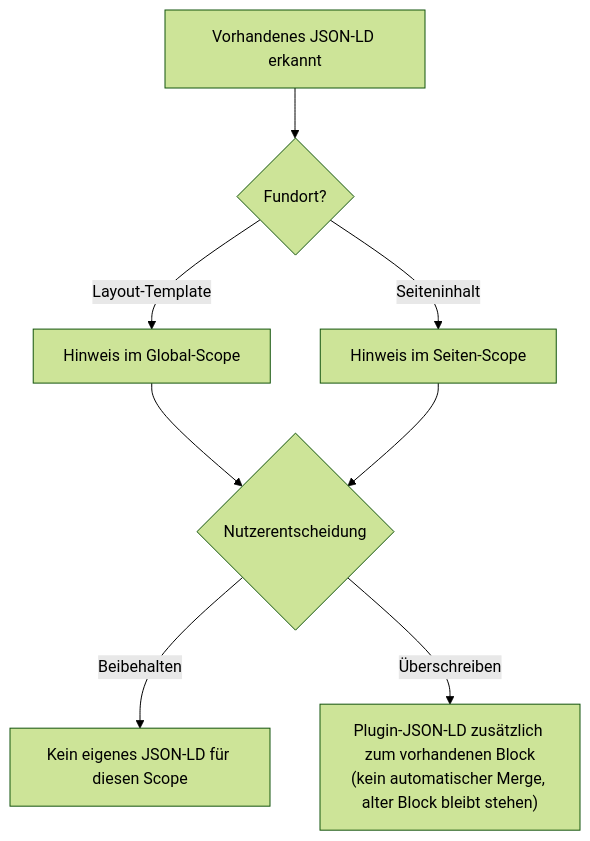
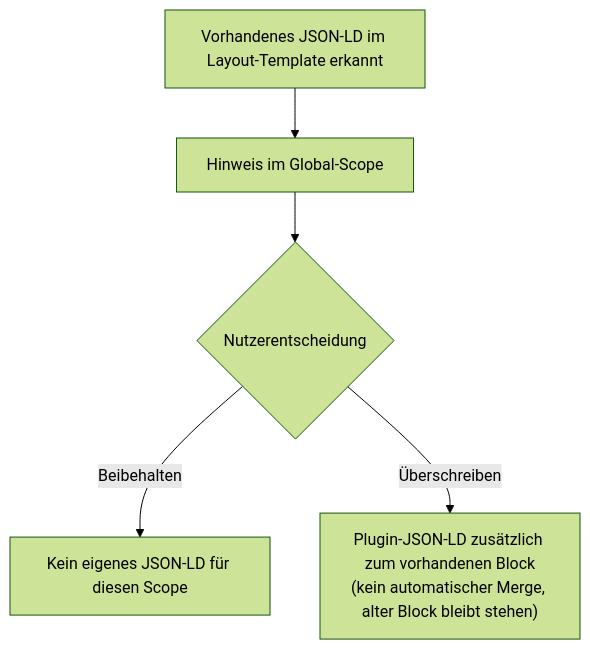
The second of 2 diagrams in docs/import.md (bernhardunger/moziloCMS_schemaOrgData_plugin), drawn with Mermaid (forest theme) before and after one commit. The commit also changed other lines of this file and 3 other files, not shown here.

````diff
--- a/docs/import.md
+++ b/docs/import.md
@@ -95,10 +95,7 @@
 ```mermaid
 flowchart TD
-    A["Vorhandenes JSON-LD erkannt"] --> B{"Fundort?"}
-    B -->|Layout-Template| C["Hinweis im Global-Scope"]
-    B -->|Seiteninhalt| D["Hinweis im Seiten-Scope"]
+    A["Vorhandenes JSON-LD im Layout-Template erkannt"] --> C["Hinweis im Global-Scope"]
     C --> E{"Nutzerentscheidung"}
-    D --> E
     E -->|Beibehalten| F["Kein eigenes JSON-LD für diesen Scope"]
     E -->|Überschreiben| G["Plugin-JSON-LD zusätzlich zum vorhandenen Block<br/>(kein automatischer Merge, alter Block bleibt stehen)"]
 ```
````
